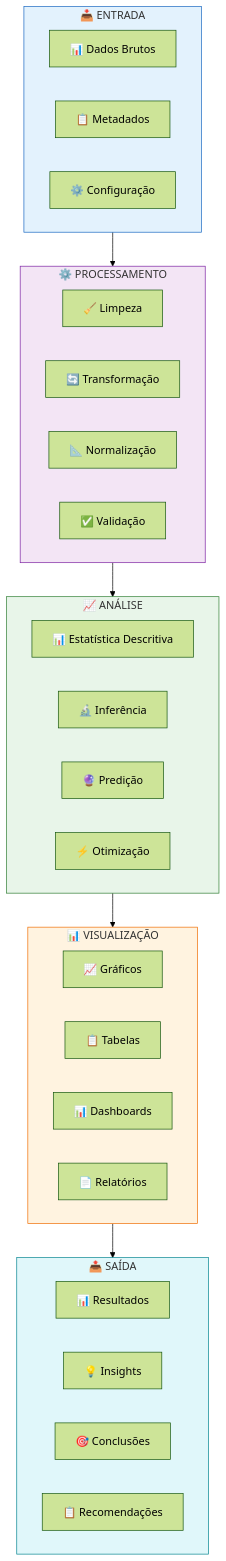
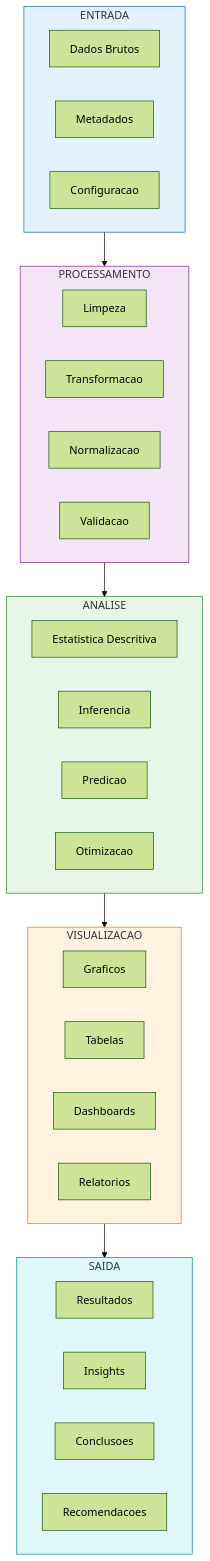
Before and after one commit to MarceloClaro/opencode-ecosystem-core: diagram 16 of 22 in README.md, drawn with Mermaid (forest theme). The commit also changed other lines of this file, not shown here.

````diff
--- a/README.md
+++ b/README.md
@@ -1064,47 +975,47 @@
 ```mermaid
 flowchart TD
-    subgraph INPUT4 ["📥 ENTRADA"]
-        RAW["📊 Dados Brutos"]
-        META3["📋 Metadados"]
-        CONFIG["⚙️ Configuração"]
+    subgraph INPUT3 ["ENTRADA"]
+        RAW["Dados Brutos"]
+        META2["Metadados"]
+        CONFIG["Configuracao"]
     end
 
-    subgraph PROCESS4 ["⚙️ PROCESSAMENTO"]
-        CLEAN["🧹 Limpeza"]
-        TRANSFORM["🔄 Transformação"]
-        NORMALIZE["📐 Normalização"]
-        VALIDATE2["✅ Validação"]
+    subgraph PROCESS2 ["PROCESSAMENTO"]
+        CLEAN["Limpeza"]
+        TRANSFORM["Transformacao"]
+        NORMALIZE["Normalizacao"]
+        VALIDATE2["Validacao"]
     end
 
-    subgraph ANALYSIS ["📈 ANÁLISE"]
-        DESC["📊 Estatística Descritiva"]
-        INFER["🔬 Inferência"]
-        PREDICT["🔮 Predição"]
-        OPTIMIZE["⚡ Otimização"]
+    subgraph ANALYSIS ["ANALISE"]
+        DESC["Estatistica Descritiva"]
+        INFER["Inferencia"]
+        PREDICT["Predicao"]
+        OPTIMIZE["Otimizacao"]
     end
 
-    subgraph VISUALIZATION ["📊 VISUALIZAÇÃO"]
-        CHART["📈 Gráficos"]
-        TABLE["📋 Tabelas"]
-        DASHBOARD2["📊 Dashboards"]
-        REPORT2["📄 Relatórios"]
+    subgraph VISUALIZATION ["VISUALIZACAO"]
+        CHART["Graficos"]
+        TABLE2["Tabelas"]
+        DASHBOARD["Dashboards"]
+        REPORT2["Relatorios"]
     end
 
-    subgraph OUTPUT5 ["📤 SAÍDA"]
-        RESULT["📊 Resultados"]
-        INSIGHT2["💡 Insights"]
-        CONCLUSION["🎯 Conclusões"]
-        RECOMMEND2["📋 Recomendações"]
+    subgraph OUTPUT4 ["SAIDA"]
+        RESULT["Resultados"]
+        INSIGHT2["Insights"]
+        CONCLUSION["Conclusoes"]
+        RECOMMEND2["Recomendacoes"]
     end
 
-    INPUT4 --> PROCESS4
-    PROCESS4 --> ANALYSIS
+    INPUT3 --> PROCESS2
+    PROCESS2 --> ANALYSIS
     ANALYSIS --> VISUALIZATION
-    VISUALIZATION --> OUTPUT5
+    VISUALIZATION --> OUTPUT4
 
-    style INPUT4 fill:#e3f2fd,stroke:#1565c0
-    style PROCESS4 fill:#f3e5f5,stroke:#7b1fa2
+    style INPUT3 fill:#e3f2fd,stroke:#1565c0
+    style PROCESS2 fill:#f3e5f5,stroke:#7b1fa2
     style ANALYSIS fill:#e8f5e9,stroke:#2e7d32
     style VISUALIZATION fill:#fff3e0,stroke:#ef6c00
-    style OUTPUT5 fill:#e0f7fa,stroke:#00838f
+    style OUTPUT4 fill:#e0f7fa,stroke:#00838f
 ```
````
